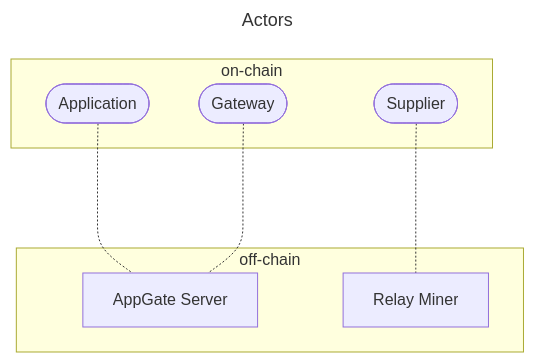
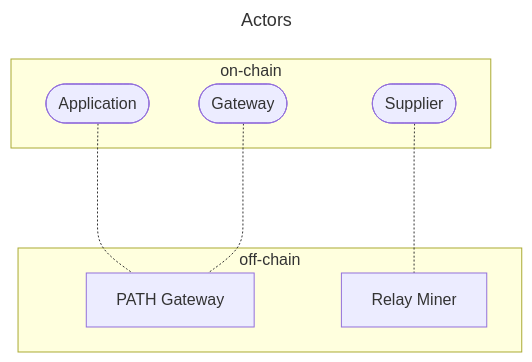
The diagram in docusaurus/docs/operate/quickstart/docker_compose_walkthrough.md (pokt-network/poktroll), drawn with Mermaid before and after one commit. The commit also changed other lines of this file and 17 other files, not shown here.

````diff
--- a/docusaurus/docs/operate/quickstart/docker_compose_walkthrough.md
+++ b/docusaurus/docs/operate/quickstart/docker_compose_walkthrough.md
@@ -91,21 +90,21 @@
 ```mermaid
 ---
 title: Actors
 ---
 flowchart TB
 
     subgraph on-chain
         A([Application])
         G([Gateway])
         S([Supplier])
     end
 
     subgraph off-chain
-        APS[AppGate Server]
+        PG[PATH Gateway]
         RM[Relay Miner]
     end
 
-    A -.- APS
-    G -.- APS
+    A -.- PG
+    G -.- PG
     S -..- RM
 ```
````
